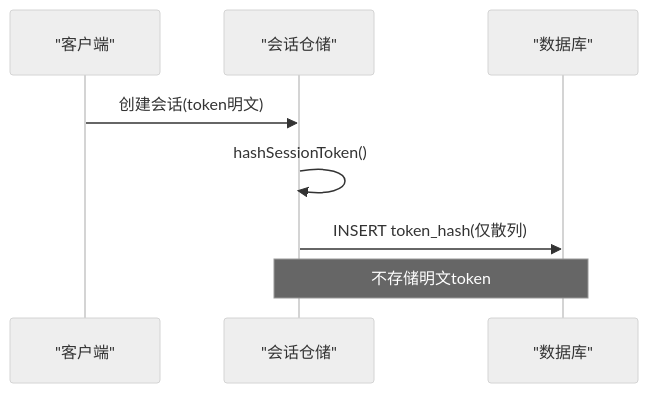
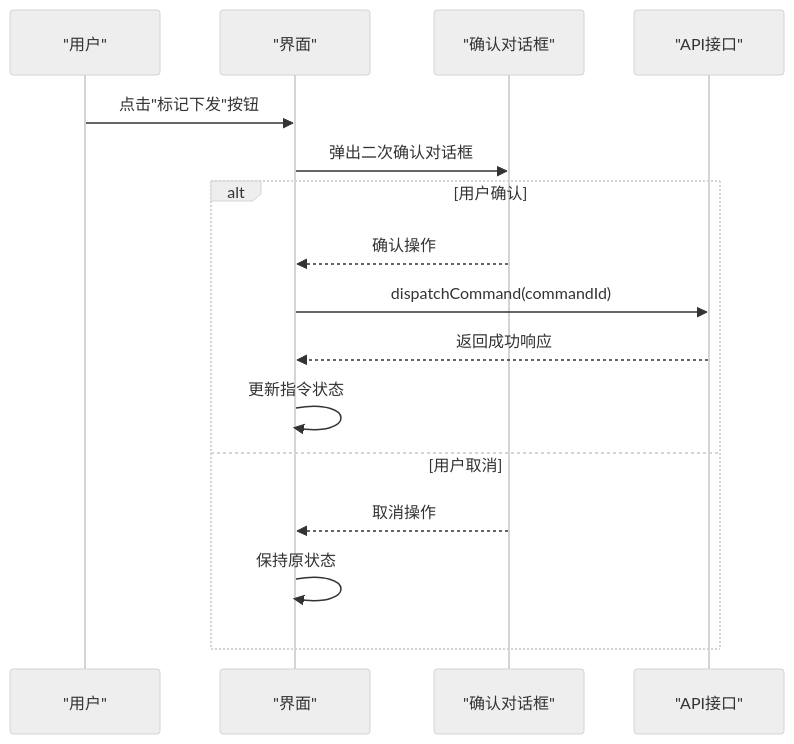
One commit to q446328246/agri-platform changed diagram 24 of 28 in .qoder/repowiki/zh/content/测试策略/测试策略.md. Above: the diagram before and after it, drawn with Mermaid (neutral theme). The commit also changed other lines of this file and 35 other files, not shown here.

````diff
--- a/.qoder/repowiki/zh/content/测试策略/测试策略.md
+++ b/.qoder/repowiki/zh/content/测试策略/测试策略.md
@@ -679,10 +699,18 @@
 ```mermaid
 sequenceDiagram
-participant Client as "客户端"
-participant SessionRepo as "会话仓储"
-participant DB as "数据库"
-Client->>SessionRepo : 创建会话(token明文)
-SessionRepo->>SessionRepo : hashSessionToken()
-SessionRepo->>DB : INSERT token_hash(仅散列)
-Note over SessionRepo,DB : 不存储明文token
+participant User as "用户"
+participant UI as "界面"
+participant Confirm as "确认对话框"
+participant API as "API接口"
+User->>UI : 点击"标记下发"按钮
+UI->>Confirm : 弹出二次确认对话框
+alt 用户确认
+Confirm-->>UI : 确认操作
+UI->>API : dispatchCommand(commandId)
+API-->>UI : 返回成功响应
+UI->>UI : 更新指令状态
+else 用户取消
+Confirm-->>UI : 取消操作
+UI->>UI : 保持原状态
+end
 ```
````
